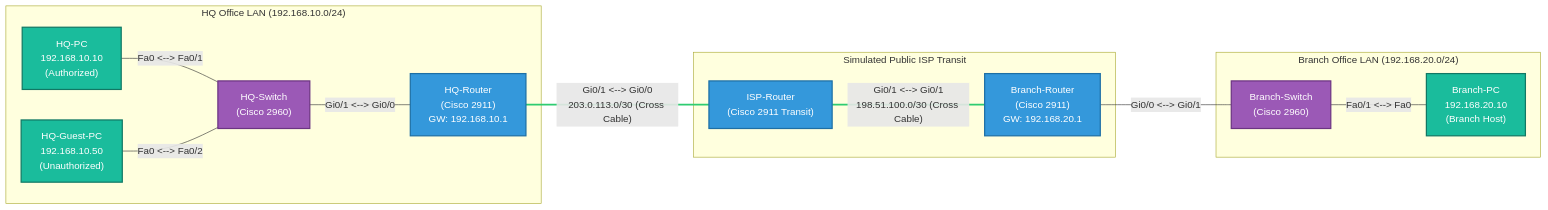
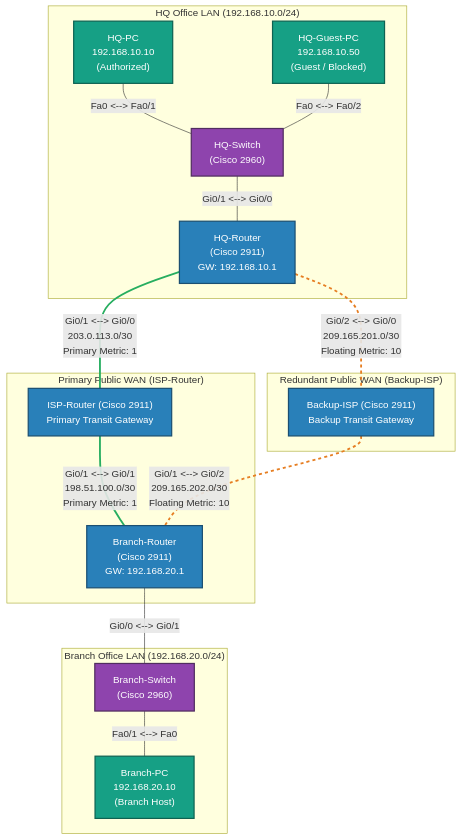
Before and after one commit to ZeroTrace7/Internet-Cafe-Network-Design: the diagram in README.md, drawn with Mermaid. The commit also changed other lines of this file and 10 other files, not shown here.

Commit message:
feat(minor-review): implement redundant WAN, automatic failover & IPsec VPN recovery

````diff
--- a/README.md
+++ b/README.md
@@ -29,30 +41,38 @@
 ```mermaid
-graph LR
+graph TD
     subgraph HQ_LAN ["HQ Office LAN (192.168.10.0/24)"]
         HQ_PC["HQ-PC<br/>192.168.10.10<br/>(Authorized)"] ---|Fa0 <--> Fa0/1| HQ_SW["HQ-Switch<br/>(Cisco 2960)"]
-        HQ_GUEST["HQ-Guest-PC<br/>192.168.10.50<br/>(Unauthorized)"] ---|Fa0 <--> Fa0/2| HQ_SW
+        HQ_GUEST["HQ-Guest-PC<br/>192.168.10.50<br/>(Guest / Blocked)"] ---|Fa0 <--> Fa0/2| HQ_SW
         HQ_SW ---|Gi0/1 <--> Gi0/0| HQ_R["HQ-Router<br/>(Cisco 2911)<br/>GW: 192.168.10.1"]
     end
 
-    subgraph WAN_CORE ["Simulated Public ISP Transit"]
-        ISP_R["ISP-Router<br/>(Cisco 2911 Transit)"]
-        HQ_R ---|"Gi0/1 <--> Gi0/0<br/>203.0.113.0/30 (Cross Cable)"| ISP_R
-        ISP_R ---|"Gi0/1 <--> Gi0/1<br/>198.51.100.0/30 (Cross Cable)"| BR_R["Branch-Router<br/>(Cisco 2911)<br/>GW: 192.168.20.1"]
+    subgraph WAN_PRIMARY ["Primary Public WAN (ISP-Router)"]
+        ISP_PRI["ISP-Router (Cisco 2911)<br/>Primary Transit Gateway"]
+        HQ_R ===|"Gi0/1 <--> Gi0/0<br/>203.0.113.0/30<br/>Primary Metric: 1"| ISP_PRI
+        ISP_PRI ===|"Gi0/1 <--> Gi0/1<br/>198.51.100.0/30<br/>Primary Metric: 1"| BR_R["Branch-Router<br/>(Cisco 2911)<br/>GW: 192.168.20.1"]
+    end
+
+    subgraph WAN_BACKUP ["Redundant Public WAN (Backup-ISP)"]
+        ISP_BAK["Backup-ISP (Cisco 2911)<br/>Backup Transit Gateway"]
+        HQ_R -.-|"Gi0/2 <--> Gi0/0<br/>209.165.201.0/30<br/>Floating Metric: 10"| ISP_BAK
+        ISP_BAK -.-|"Gi0/1 <--> Gi0/2<br/>209.165.202.0/30<br/>Floating Metric: 10"| BR_R
     end
 
     subgraph BRANCH_LAN ["Branch Office LAN (192.168.20.0/24)"]
         BR_R ---|Gi0/0 <--> Gi0/1| BR_SW["Branch-Switch<br/>(Cisco 2960)"]
         BR_SW ---|Fa0/1 <--> Fa0| BR_PC["Branch-PC<br/>192.168.20.10<br/>(Branch Host)"]
     end
 
-    linkStyle 3 stroke:#2ecc71,stroke-width:3px;
-    linkStyle 4 stroke:#2ecc71,stroke-width:3px;
+    linkStyle 3 stroke:#27ae60,stroke-width:3px;
+    linkStyle 4 stroke:#27ae60,stroke-width:3px;
+    linkStyle 5 stroke:#e67e22,stroke-width:3px,stroke-dasharray: 5 5;
+    linkStyle 6 stroke:#e67e22,stroke-width:3px,stroke-dasharray: 5 5;
 
-    classDef router fill:#3498db,stroke:#1d6fa5,stroke-width:2px,color:#fff;
-    classDef switch fill:#9b59b6,stroke:#6c3483,stroke-width:2px,color:#fff;
-    classDef pc fill:#1abc9c,stroke:#117864,stroke-width:2px,color:#fff;
+    classDef router fill:#2980b9,stroke:#1b4f72,stroke-width:2px,color:#fff;
+    classDef switch fill:#8e44ad,stroke:#512e5f,stroke-width:2px,color:#fff;
+    classDef pc fill:#16a085,stroke:#0e6252,stroke-width:2px,color:#fff;
 
-    class HQ_R,ISP_R,BR_R router;
+    class HQ_R,BR_R,ISP_PRI,ISP_BAK router;
     class HQ_SW,BR_SW switch;
     class HQ_PC,HQ_GUEST,BR_PC pc;
 ```
````
